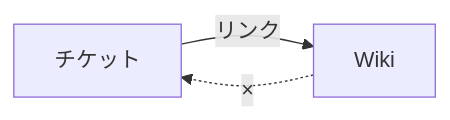
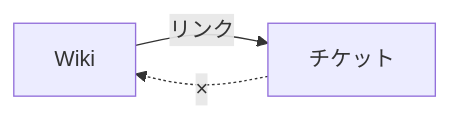
The first of 2 diagrams in articles/2852df0bd60ea4.md (Mattani/zenn-articles), drawn with Mermaid before and after one commit. The commit also changed other lines of this file, not shown here.

Commit message:
【記事改善】Mermaid図の参照関係を逆にした

````diff
--- a/articles/2852df0bd60ea4.md
+++ b/articles/2852df0bd60ea4.md
@@ -22,5 +22,5 @@
 ```mermaid
 flowchart LR
-    チケット -->|リンク| Wiki
-    Wiki -. × .-> チケット
+    Wiki -->|リンク| チケット
+    チケット -. × .-> Wiki
 ```
````
